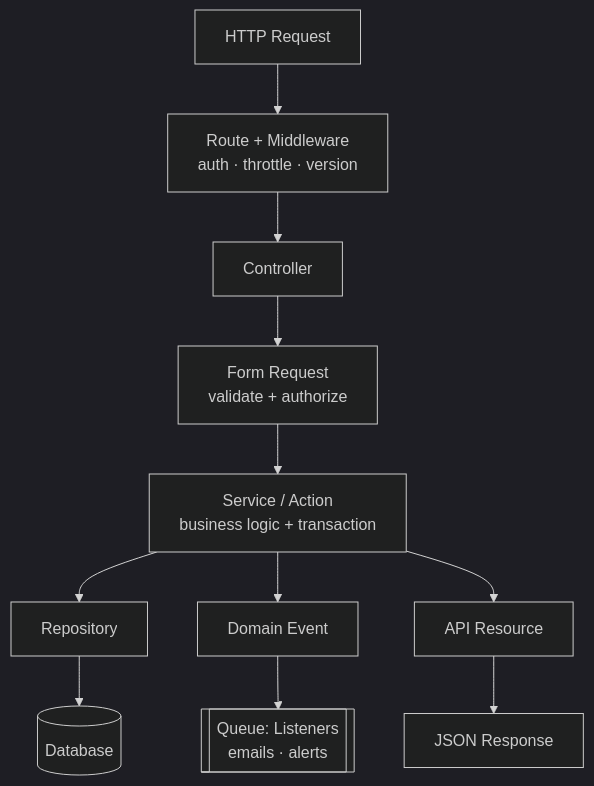
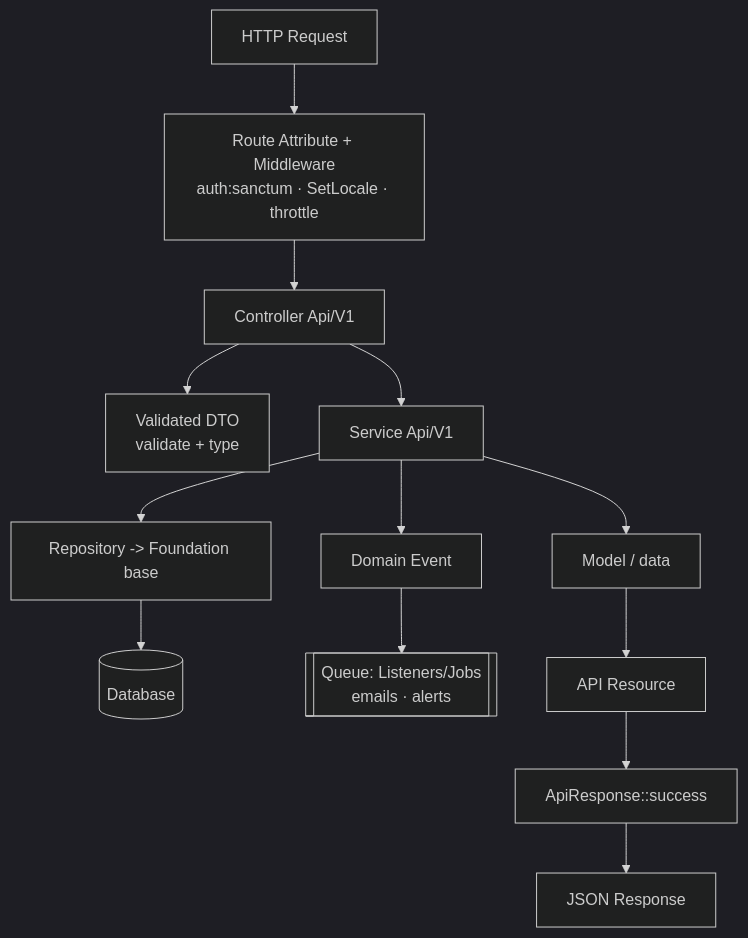
Before and after one commit to Ahmedibrahim1998/ecommerce-api: the diagram in docs/02-architecture.md, drawn with Mermaid (dark theme). The commit also changed other lines of this file and 9 other files, not shown here.

Commit message:
docs: align engineering docs with team conventions (DTOs, route attributes, repository/ApiResponse, Filament) + add tech-stack, scaffolding, integrations guides

````diff
--- a/docs/02-architecture.md
+++ b/docs/02-architecture.md
@@ -62,13 +68,15 @@
 ```mermaid
 flowchart TD
-    A[HTTP Request] --> B[Route + Middleware<br/>auth · throttle · version]
-    B --> C[Controller]
-    C --> D[Form Request<br/>validate + authorize]
-    D --> E[Service / Action<br/>business logic + transaction]
-    E --> F[Repository]
+    A[HTTP Request] --> B[Route Attribute + Middleware<br/>auth:sanctum · SetLocale · throttle]
+    B --> C[Controller Api/V1]
+    C --> D[Validated DTO<br/>validate + type]
+    C --> E[Service Api/V1]
+    E --> F[Repository -> Foundation base]
     F --> G[(Database)]
     E --> H[Domain Event]
-    H --> I[[Queue: Listeners<br/>emails · alerts]]
-    E --> J[API Resource]
-    J --> K[JSON Response]
+    H --> I[[Queue: Listeners/Jobs<br/>emails · alerts]]
+    E --> J[Model / data]
+    J --> K[API Resource]
+    K --> L[ApiResponse::success]
+    L --> M[JSON Response]
 ```
````
